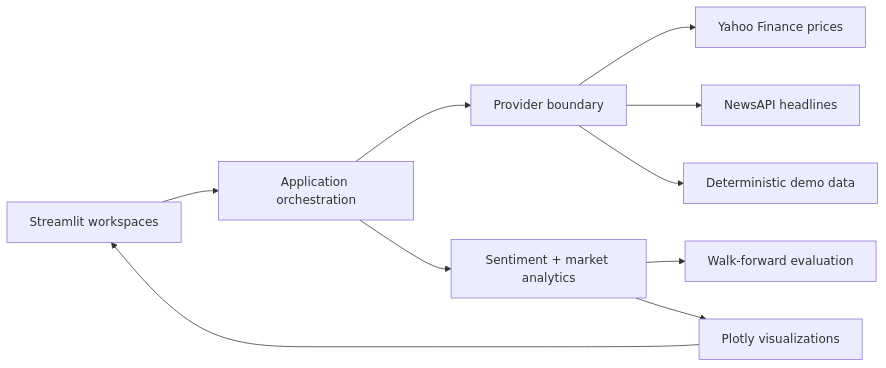
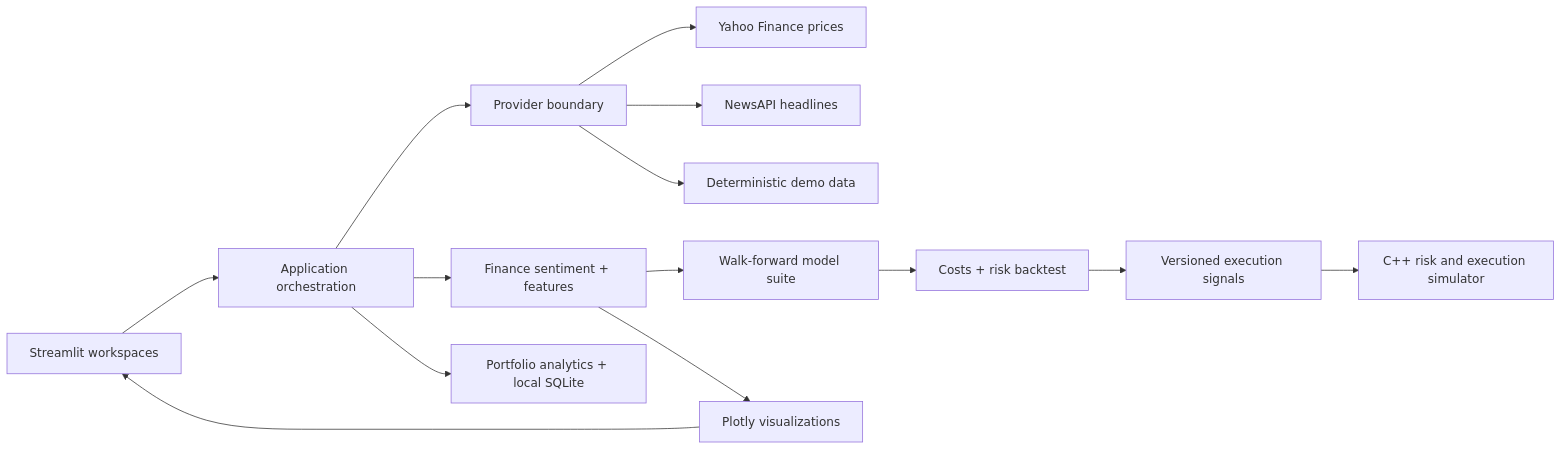
Before and after one commit to TarunT27/MarketWatch-Insights-Dashboard: the diagram in README.md, drawn with Mermaid. The commit also changed other lines of this file and 29 other files, not shown here.

````diff
--- a/README.md
+++ b/README.md
@@ -87,12 +97,16 @@
 ```mermaid
 flowchart LR
     UI[Streamlit workspaces] --> ORCH[Application orchestration]
     ORCH --> PROVIDERS[Provider boundary]
     PROVIDERS --> YF[Yahoo Finance prices]
     PROVIDERS --> NEWS[NewsAPI headlines]
     PROVIDERS --> DEMO[Deterministic demo data]
-    ORCH --> ANALYTICS[Sentiment + market analytics]
-    ANALYTICS --> EVAL[Walk-forward evaluation]
+    ORCH --> ANALYTICS[Finance sentiment + features]
+    ANALYTICS --> EVAL[Walk-forward model suite]
+    EVAL --> BACKTEST[Costs + risk backtest]
+    BACKTEST --> EXPORT[Versioned execution signals]
+    EXPORT --> CPP[C++ risk and execution simulator]
+    ORCH --> PORTFOLIO[Portfolio analytics + local SQLite]
     ANALYTICS --> CHARTS[Plotly visualizations]
     CHARTS --> UI
 ```
````
